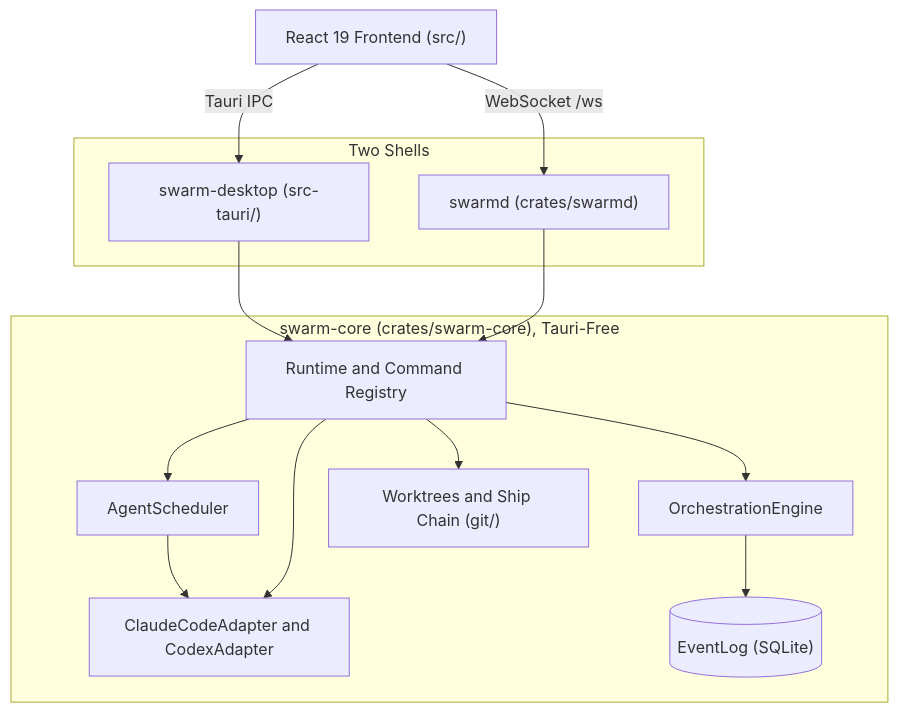
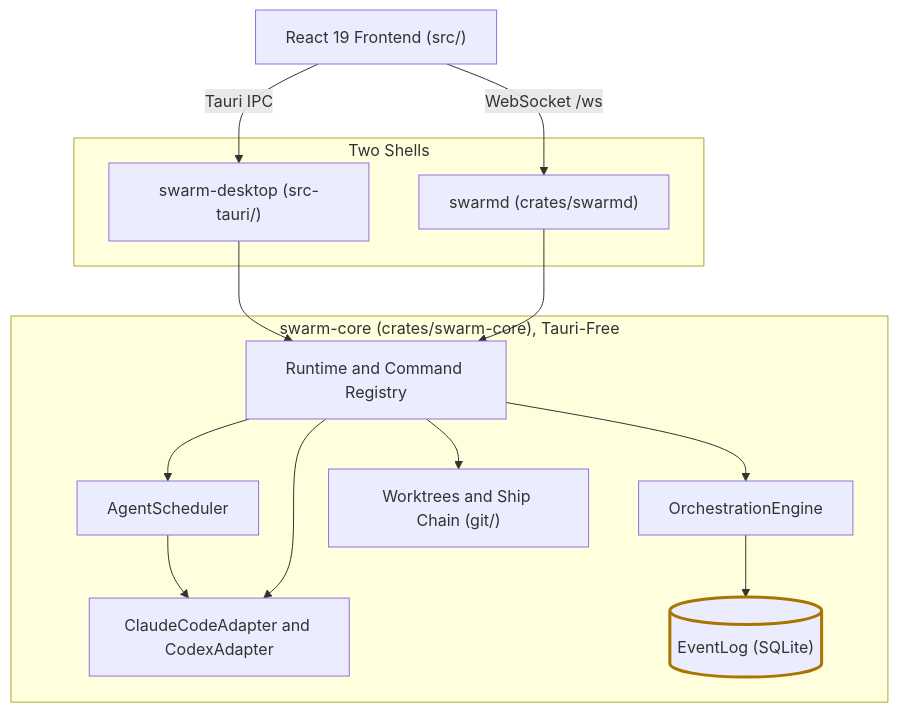
The diagram in README.md (ABCrimson/Swarm), drawn with Mermaid before and after one commit. The commit also changed other lines of this file and 10 other files, not shown here.

````diff
--- a/README.md
+++ b/README.md
@@ -41,26 +88,28 @@
 ```mermaid
 flowchart TB
     FE["React 19 Frontend (src/)"]
     subgraph shells["Two Shells"]
         DESK["swarm-desktop (src-tauri/)"]
         DAEMON["swarmd (crates/swarmd)"]
     end
     subgraph core["swarm-core (crates/swarm-core), Tauri-Free"]
         RT["Runtime and Command Registry"]
         SCHED["AgentScheduler"]
         PROV["ClaudeCodeAdapter and CodexAdapter"]
         ENG["OrchestrationEngine"]
         LOG[("EventLog (SQLite)")]
         GIT["Worktrees and Ship Chain (git/)"]
     end
     FE -->|"Tauri IPC"| DESK
     FE -->|"WebSocket /ws"| DAEMON
     DESK --> RT
     DAEMON --> RT
     RT --> SCHED
     SCHED --> PROV
     RT --> PROV
     RT --> ENG
     ENG --> LOG
     RT --> GIT
+    classDef log stroke:#a97500,stroke-width:3px
+    class LOG log
 ```
````
